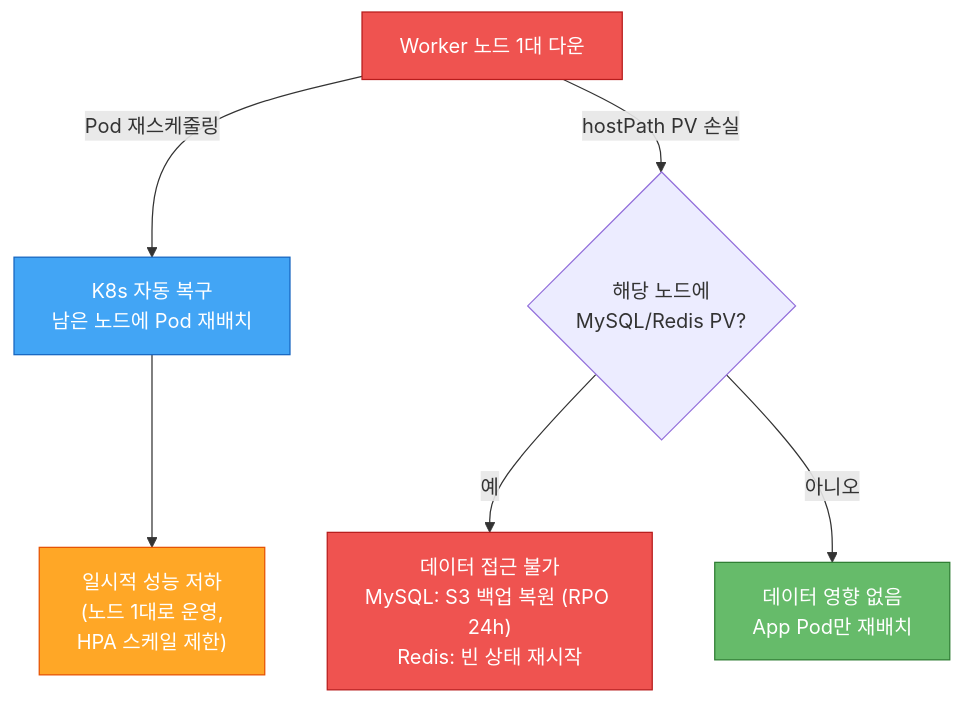
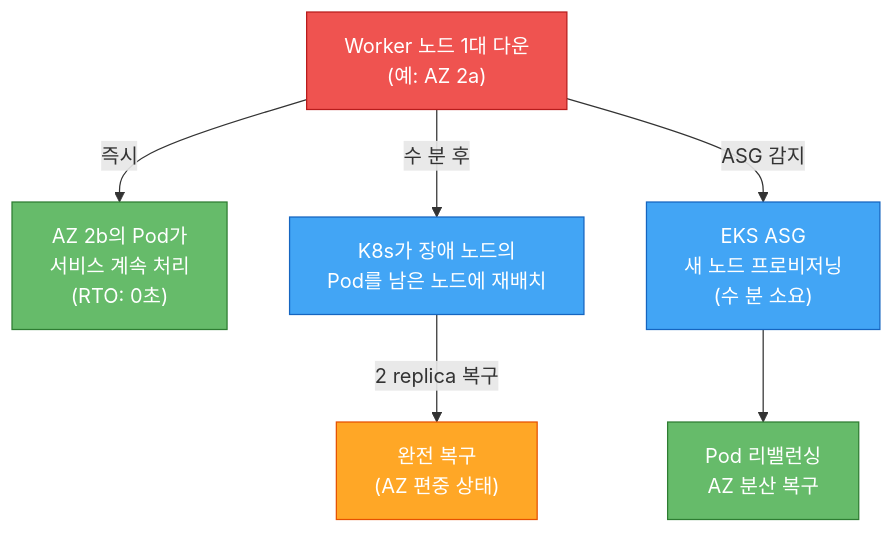
One commit to 80-hours-a-week/2-cho-community-infra changed the ninth of 17 diagrams in report.md. Above: the diagram before and after it, drawn with Mermaid. The commit also changed other lines of this file and 1 other file, not shown here.

First line of the commit message:
docs: README.md 및 report.md를 현재 EKS Prod 인프라에 맞게 갱신

````diff
--- a/report.md
+++ b/report.md
@@ -476,17 +514,19 @@
 ```mermaid
 flowchart TD
-    Node_Fail["Worker 노드 1대 다운"]
+    Node_Fail["Worker 노드 1대 다운<br/>(예: AZ 2a)"]
 
-    Node_Fail -->|"Pod 재스케줄링"| Reschedule["K8s 자동 복구<br/>남은 노드에 Pod 재배치"]
-    Reschedule --> Degraded["일시적 성능 저하<br/>(노드 1대로 운영,<br/>HPA 스케일 제한)"]
+    Node_Fail -->|"즉시"| Other_AZ["AZ 2b의 Pod가<br/>서비스 계속 처리<br/>(RTO: 0초)"]
 
-    Node_Fail -->|"hostPath PV 손실"| Data_Risk{"해당 노드에<br/>MySQL/Redis PV?"}
-    Data_Risk -->|"예"| Data_Loss["데이터 접근 불가<br/>MySQL: S3 백업 복원 (RPO 24h)<br/>Redis: 빈 상태 재시작"]
-    Data_Risk -->|"아니오"| Minor["데이터 영향 없음<br/>App Pod만 재배치"]
+    Node_Fail -->|"수 분 후"| Reschedule["K8s가 장애 노드의<br/>Pod를 남은 노드에 재배치"]
+    Reschedule -->|"2 replica 복구"| Full_Recovery["완전 복구<br/>(AZ 편중 상태)"]
+
+    Node_Fail -->|"ASG 감지"| ASG["EKS ASG<br/>새 노드 프로비저닝<br/>(수 분 소요)"]
+    ASG --> Rebalance["Pod 리밸런싱<br/>AZ 분산 복구"]
 
     style Node_Fail fill:#ef5350,color:#fff,stroke:#b71c1c
+    style Other_AZ fill:#66bb6a,color:#fff,stroke:#2e7d32
     style Reschedule fill:#42a5f5,color:#fff,stroke:#1565c0
-    style Degraded fill:#ffa726,color:#fff,stroke:#e65100
-    style Data_Loss fill:#ef5350,color:#fff,stroke:#b71c1c
-    style Minor fill:#66bb6a,color:#fff,stroke:#2e7d32
+    style Full_Recovery fill:#ffa726,color:#fff,stroke:#e65100
+    style ASG fill:#42a5f5,color:#fff,stroke:#1565c0
+    style Rebalance fill:#66bb6a,color:#fff,stroke:#2e7d32
 ```
````
